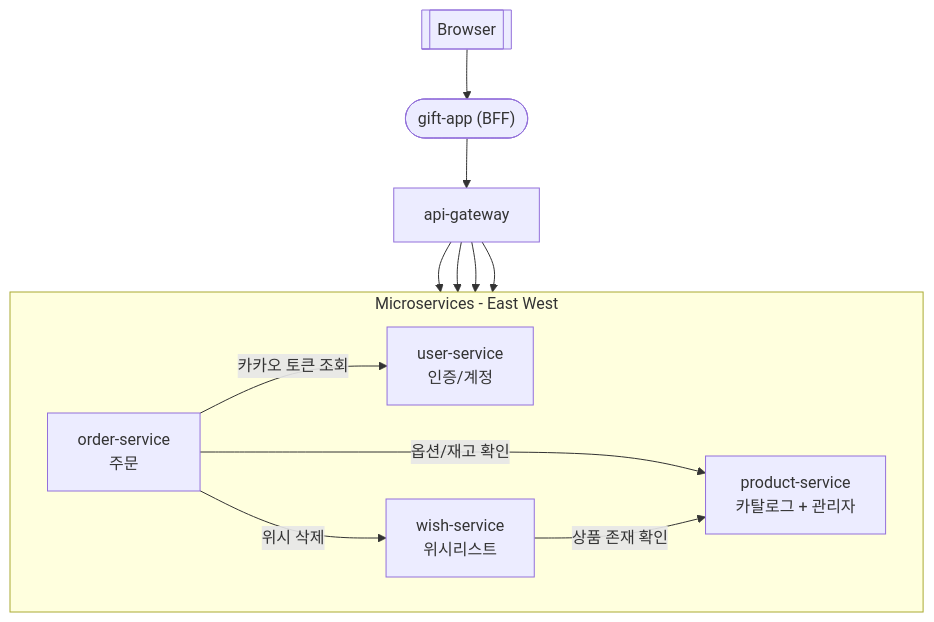
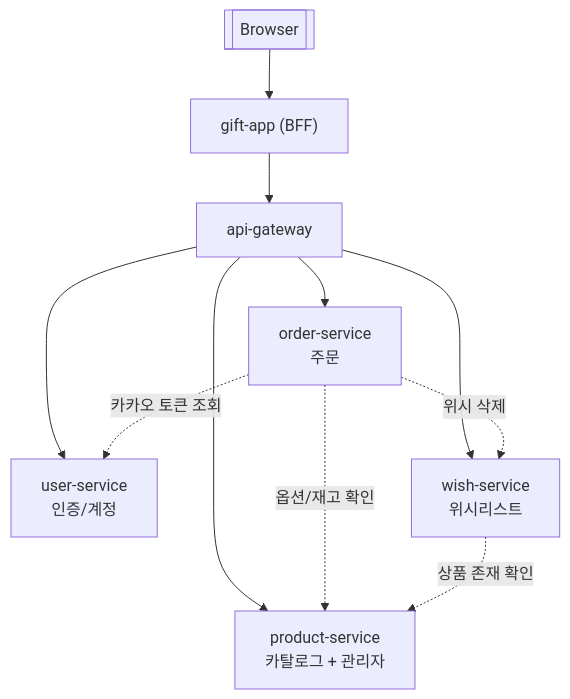
The diagram in README.md (PNU-Triton-capstone-2025/msa-kakao-gift), drawn with Mermaid before and after one commit.

Commit message:
Revise MSA topology and service interaction details
Updated the MSA topology diagram and descriptions to reflect changes in service interactions and traffic patterns.

````diff
--- a/README.md
+++ b/README.md
@@ -4,33 +4,26 @@
 ```mermaid
 flowchart TB
-    %% North-South Traffic (수직 흐름)
     Browser[[Browser]]
-    GiftApp(["gift-app (BFF)"])
+    GiftApp["gift-app (BFF)"]
     APIGW["api-gateway"]
 
     Browser --> GiftApp --> APIGW
 
-    %% East-West Traffic (수평 흐름)
-    subgraph Services[Microservices - East West]
-        direction LR
-        UserSvc["user-service
-인증/계정"]
-        ProductSvc["product-service
-카탈로그 + 관리자"]
-        WishSvc["wish-service
-위시리스트"]
-        OrderSvc["order-service
-주문"]
-    end
+    direction LR
+    UserSvc["user-service<br/>인증/계정"]
+    ProductSvc["product-service<br/>카탈로그 + 관리자"]
+    WishSvc["wish-service<br/>위시리스트"]
+    OrderSvc["order-service<br/>주문"]
 
     APIGW --> UserSvc
     APIGW --> ProductSvc
     APIGW --> WishSvc
     APIGW --> OrderSvc
 
-    %% 내부 서비스 간 East-West 협력
-    OrderSvc -- "옵션/재고 확인" --> ProductSvc
-    OrderSvc -- "위시 삭제" --> WishSvc
-    OrderSvc -- "카카오 토큰 조회" --> UserSvc
-    WishSvc -- "상품 존재 확인" --> ProductSvc
+    %% East-West (점선)
+    OrderSvc -. "옵션/재고 확인" .-> ProductSvc
+    OrderSvc -. "위시 삭제" .-> WishSvc
+    OrderSvc -. "카카오 토큰 조회" .-> UserSvc
+    WishSvc -. "상품 존재 확인" .-> ProductSvc
+
 ```
````
